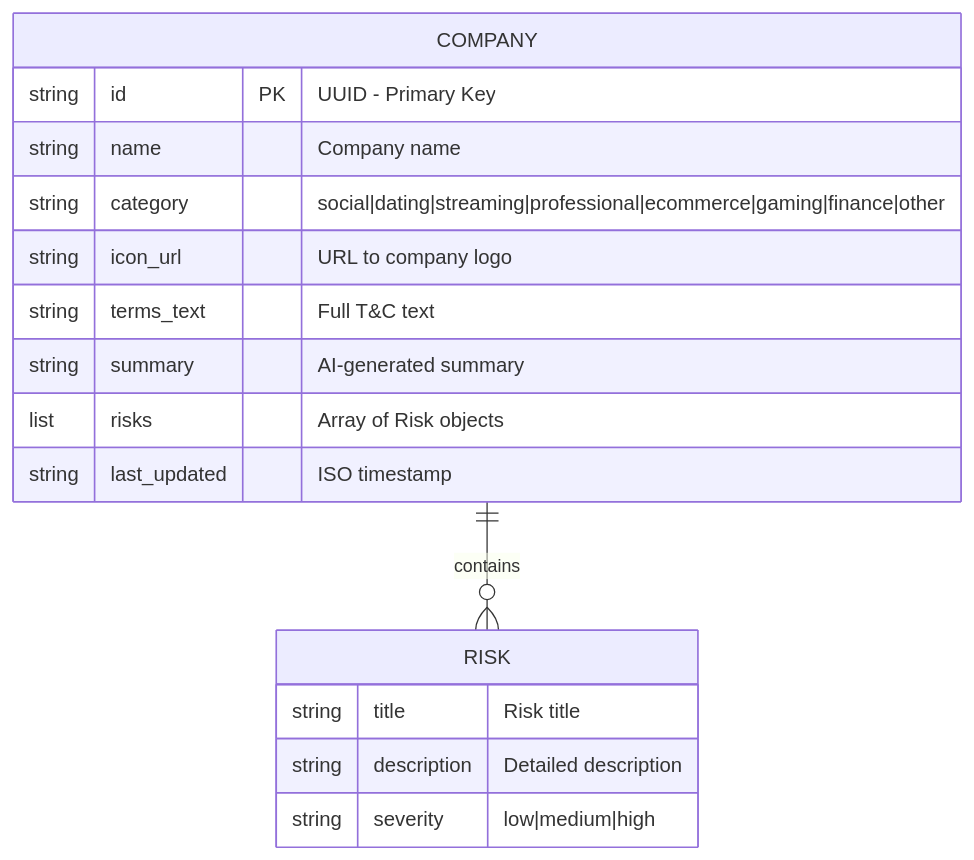
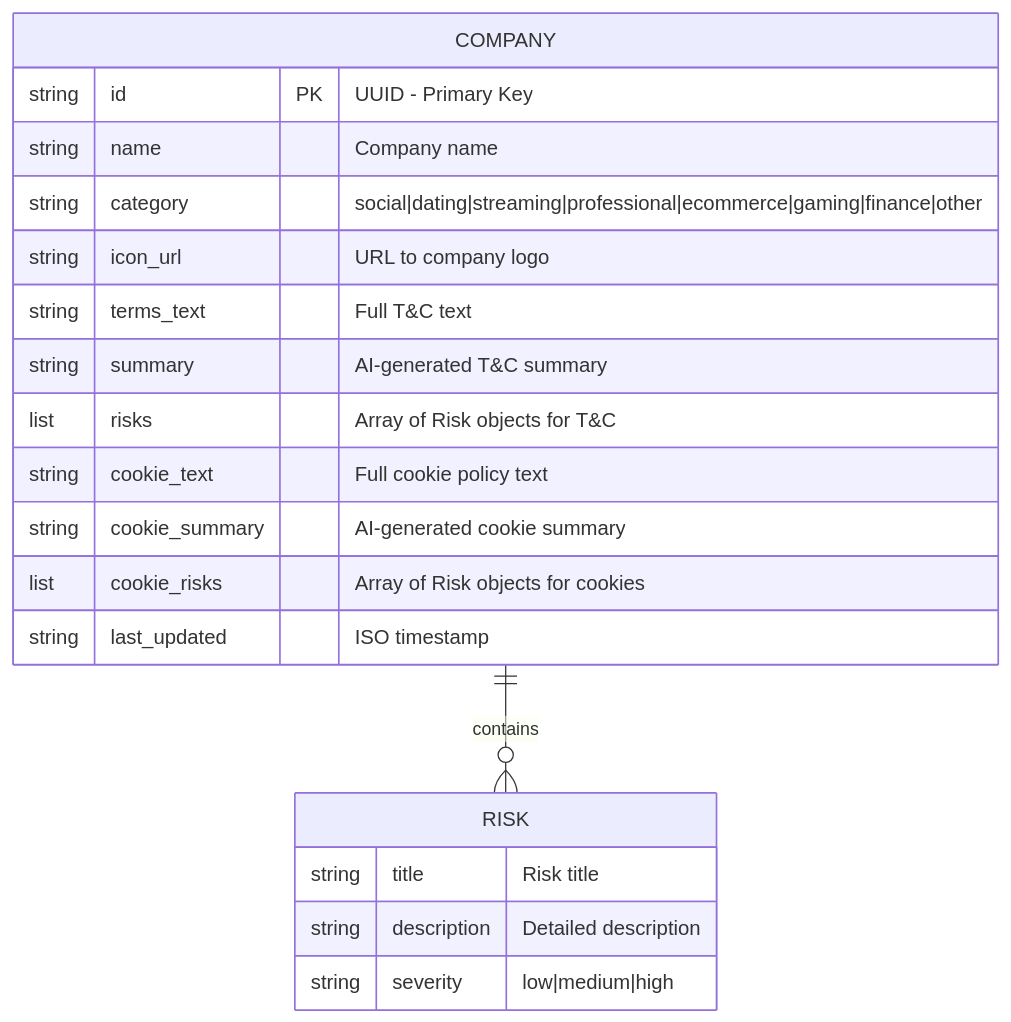
The second of 7 diagrams in docs/DATABASE_AND_RAG.md (AlmazErmilov/aws-hack-prototype-terms-and-conditions-ass), drawn with Mermaid before and after one commit. The commit also changed other lines of this file and 7 other files, not shown here.

First line of the commit message:
Add cookie policy analysis feature

````diff
--- a/docs/DATABASE_AND_RAG.md
+++ b/docs/DATABASE_AND_RAG.md
@@ -76,21 +76,24 @@
 ```mermaid
 erDiagram
     COMPANY {
         string id PK "UUID - Primary Key"
         string name "Company name"
         string category "social|dating|streaming|professional|ecommerce|gaming|finance|other"
         string icon_url "URL to company logo"
         string terms_text "Full T&C text"
-        string summary "AI-generated summary"
-        list risks "Array of Risk objects"
+        string summary "AI-generated T&C summary"
+        list risks "Array of Risk objects for T&C"
+        string cookie_text "Full cookie policy text"
+        string cookie_summary "AI-generated cookie summary"
+        list cookie_risks "Array of Risk objects for cookies"
         string last_updated "ISO timestamp"
     }
 
     RISK {
         string title "Risk title"
         string description "Detailed description"
         string severity "low|medium|high"
     }
 
     COMPANY ||--o{ RISK : contains
 ```
````
